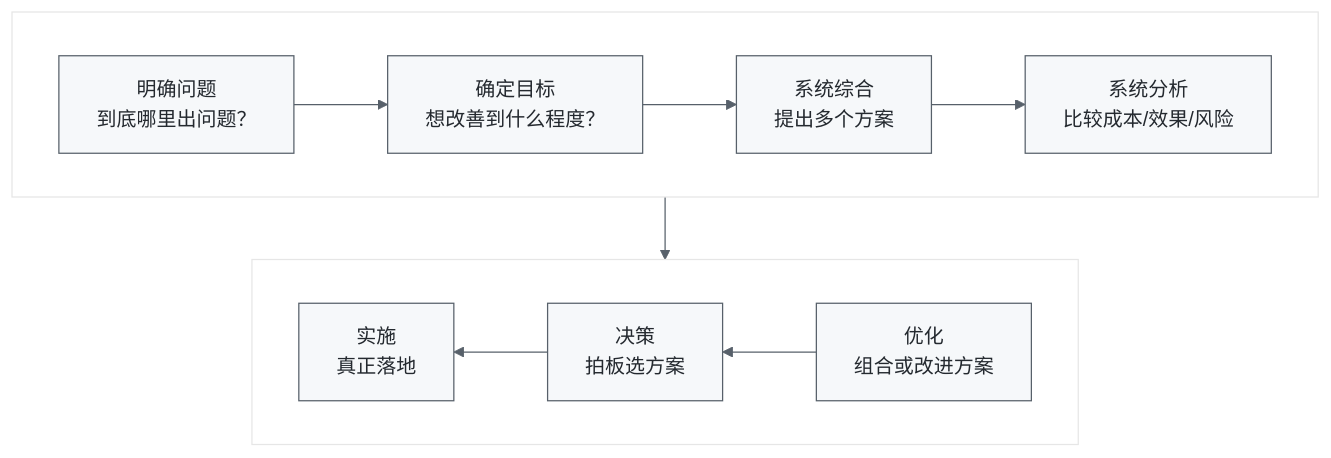
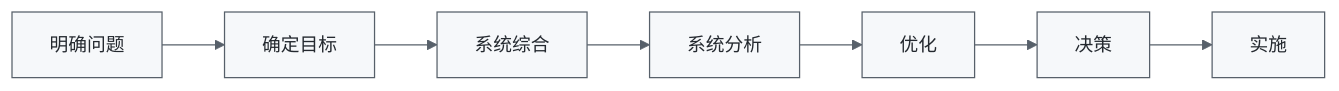
The fourth of 7 diagrams in 01_综合知识/02_系统工程与信息系统基础/02_系统工程方法/霍尔三维结构.md (74262195/system-architect-notes), drawn with Mermaid before and after one commit. The commit also changed other lines of this file and 2 other files, not shown here.

Commit message:
fix: 调整 Mermaid 为紧凑横向布局

````diff
--- a/01_综合知识/02_系统工程与信息系统基础/02_系统工程方法/霍尔三维结构.md
+++ b/01_综合知识/02_系统工程与信息系统基础/02_系统工程方法/霍尔三维结构.md
@@ -314,16 +299,6 @@
 ```mermaid
-%%{init: {"theme":"base","themeVariables":{"fontSize":"16px","primaryColor":"#f6f8fa","primaryTextColor":"#24292f","primaryBorderColor":"#57606a","lineColor":"#57606a","secondaryColor":"#ffffff","tertiaryColor":"#ffffff","edgeLabelBackground":"#ffffff"}}}%%
-flowchart TB
-    subgraph top[" "]
-        direction LR
-        A["明确问题<br/>到底哪里出问题？"] --> B["确定目标<br/>想改善到什么程度？"]
-        B --> C["系统综合<br/>提出多个方案"]
-        C --> D["系统分析<br/>比较成本/效果/风险"]
-    end
-    D --> E["优化<br/>组合或改进方案"]
-    subgraph bottom[" "]
-        direction RL
-        E --> F["决策<br/>拍板选方案"]
-        F --> G["实施<br/>真正落地"]
-    end
+%%{init: {"theme":"base","themeVariables":{"fontSize":"15px","primaryColor":"#f6f8fa","primaryTextColor":"#24292f","primaryBorderColor":"#57606a","lineColor":"#57606a","secondaryColor":"#ffffff","tertiaryColor":"#ffffff","edgeLabelBackground":"#ffffff"}}}%%
+flowchart LR
+    A["明确问题"] --> B["确定目标"] --> C["系统综合"] --> D["系统分析"]
+    D --> E["优化"] --> F["决策"] --> G["实施"]
 ```
````
